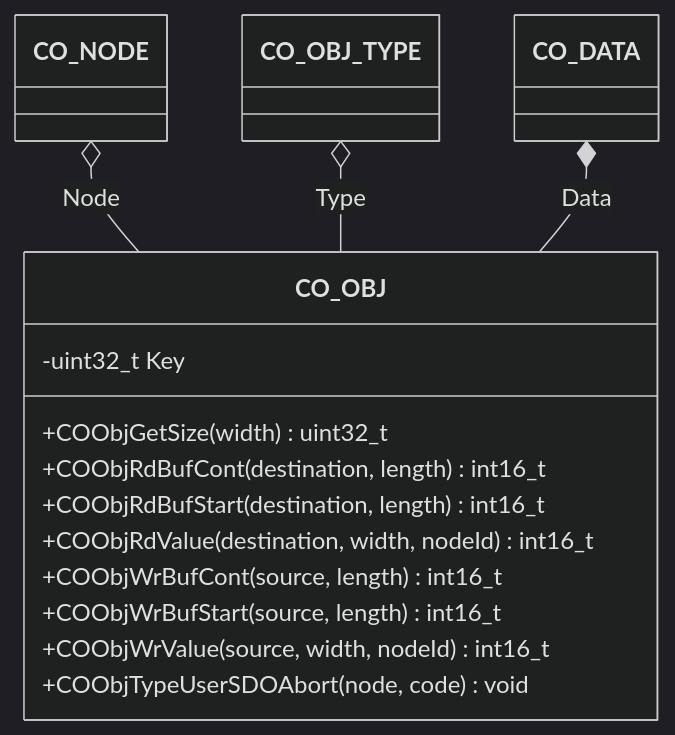
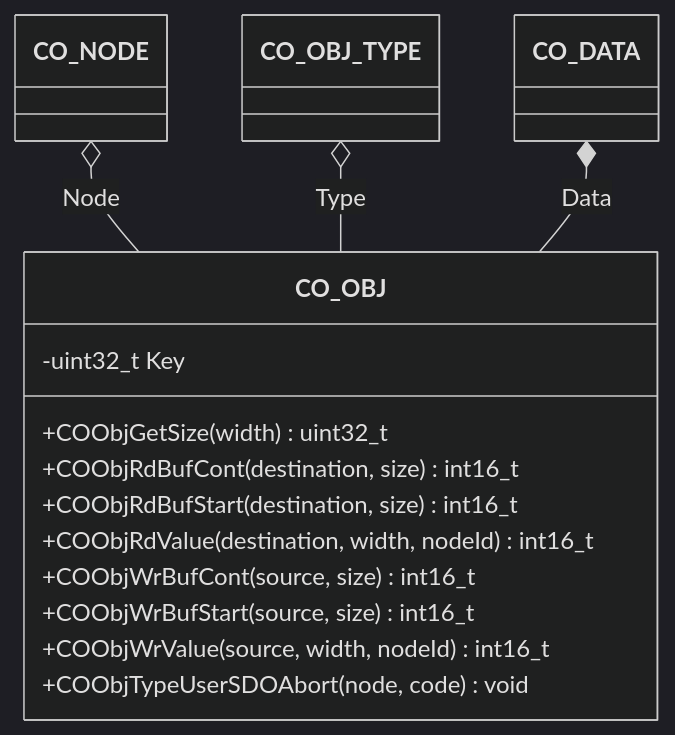
Before and after one commit to embedded-office/canopen-website: the diagram in website/docs/api/object.md, drawn with Mermaid (dark theme). The commit also changed other lines of this file and 11 other files, not shown here.

````diff
--- a/website/docs/api/object.md
+++ b/website/docs/api/object.md
@@ -7,17 +7,17 @@
 ```mermaid
 classDiagram
   CO_NODE o-- CO_OBJ : Node
   CO_OBJ_TYPE o-- CO_OBJ : Type
   CO_DATA *-- CO_OBJ : Data
   class CO_OBJ {
     -uint32_t Key
     +COObjGetSize(width) uint32_t
-    +COObjRdBufCont(destination, length) int16_t
-    +COObjRdBufStart(destination, length) int16_t
+    +COObjRdBufCont(destination, size) int16_t
+    +COObjRdBufStart(destination, size) int16_t
     +COObjRdValue(destination, width, nodeId) int16_t
-    +COObjWrBufCont(source, length) int16_t
-    +COObjWrBufStart(source, length) int16_t
+    +COObjWrBufCont(source, size) int16_t
+    +COObjWrBufStart(source, size) int16_t
     +COObjWrValue(source, width, nodeId) int16_t
     +COObjTypeUserSDOAbort(node, code) void
   }
 ```
````
